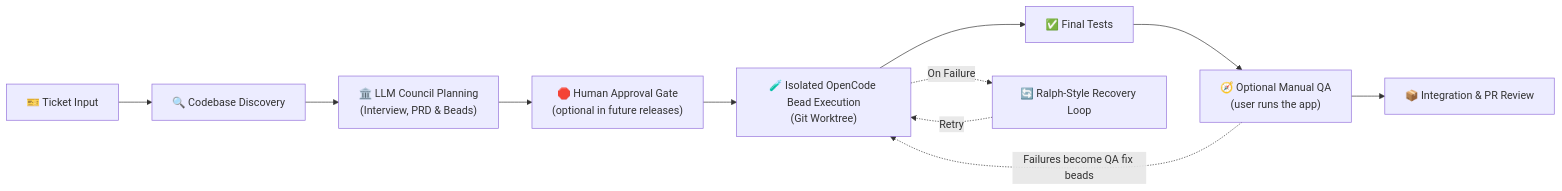
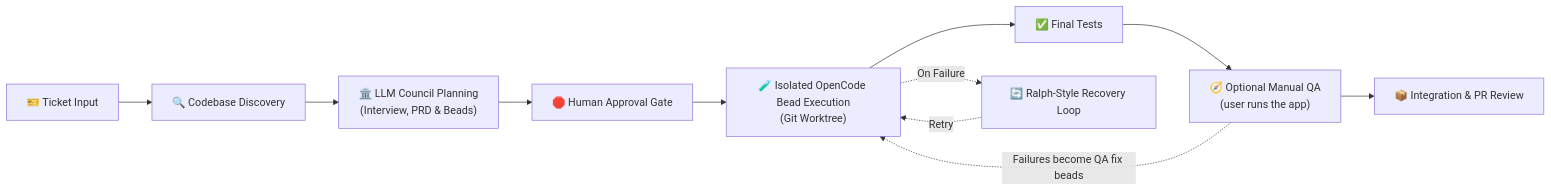
One commit to looptroop-ai/LoopTroop changed the diagram in README.md. Above: the diagram before and after it, drawn with Mermaid. The commit also changed other lines of this file and 29 other files, not shown here.

````diff
--- a/README.md
+++ b/README.md
@@ -297,13 +297,13 @@
 ```mermaid
 flowchart LR
     A["🎫 Ticket Input"] --> B["🔍 Codebase Discovery"]
     B --> C["🏛️ LLM Council Planning<br/>(Interview, PRD & Beads)"]
-    C --> D["🛑 Human Approval Gate<br/>(optional in future releases)"]
+    C --> D["🛑 Human Approval Gate"]
     D --> E["🧪 Isolated OpenCode Bead Execution<br/>(Git Worktree)"]
     E --> F["✅ Final Tests"]
     F --> H["🧭 Optional Manual QA<br/>(user runs the app)"]
     H --> I["📦 Integration & PR Review"]
     H -.->|"Failures become QA fix beads"| E
     E -.->|"On Failure"| G["🔄 Ralph-Style Recovery Loop"]
     G -.->|"Retry"| E
 ```
````
